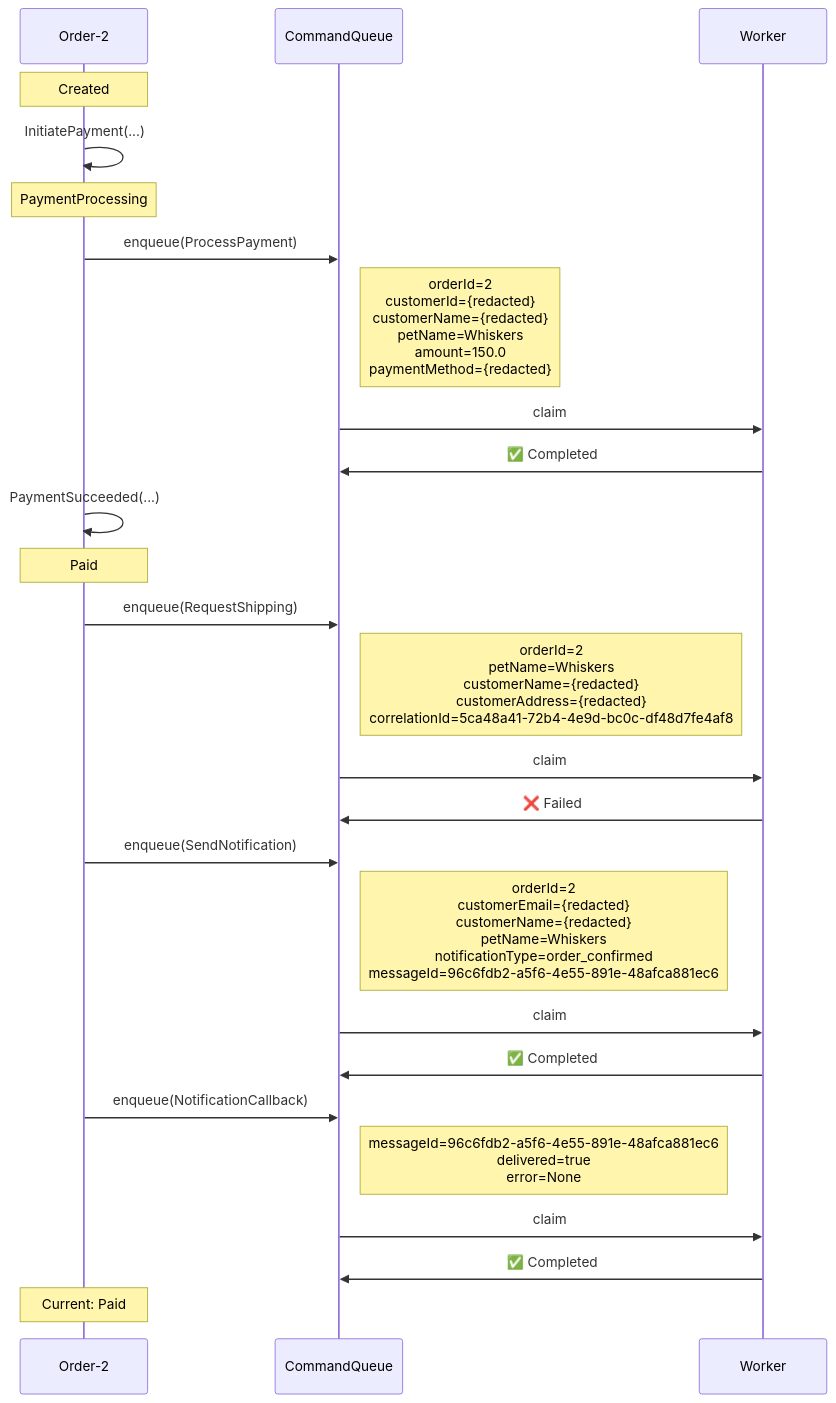
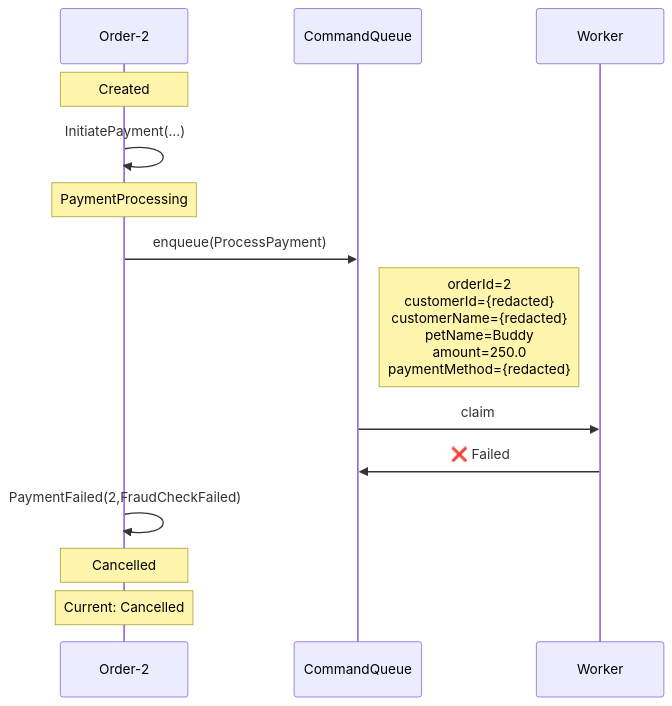
The first of 3 diagrams in docs/visualizations/order-2-trace.md (Iterable/mechanoid), drawn with Mermaid before and after one commit. The commit also changed other lines of this file and 23 other files, not shown here.

````diff
--- a/docs/visualizations/order-2-trace.md
+++ b/docs/visualizations/order-2-trace.md
@@ -12,30 +11,18 @@
 ```mermaid
 %%{init: {'themeCSS': '.noteText { text-align: left !important; }'}}%%
 sequenceDiagram
     participant FSM as Order-2
     participant CQ as CommandQueue
     participant W as Worker
 
     Note over FSM: Created
     FSM->>FSM: InitiatePayment(...)
     Note over FSM: PaymentProcessing
     FSM->>CQ: enqueue(ProcessPayment)
-    Note right of CQ: orderId=2<br/>customerId={redacted}<br/>customerName={redacted}<br/>petName=Whiskers<br/>amount=150.0<br/>paymentMethod={redacted}
-    CQ->>W: claim
-    W->>CQ: ✅ Completed
-    FSM->>FSM: PaymentSucceeded(...)
-    Note over FSM: Paid
-    FSM->>CQ: enqueue(RequestShipping)
-    Note right of CQ: orderId=2<br/>petName=Whiskers<br/>customerName={redacted}<br/>customerAddress={redacted}<br/>correlationId=5ca48a41-72b4-4e9d-bc0c-df48d7fe4af8
+    Note right of CQ: orderId=2<br/>customerId={redacted}<br/>customerName={redacted}<br/>petName=Buddy<br/>amount=250.0<br/>paymentMethod={redacted}
     CQ->>W: claim
     W->>CQ: ❌ Failed
-    FSM->>CQ: enqueue(SendNotification)
-    Note right of CQ: orderId=2<br/>customerEmail={redacted}<br/>customerName={redacted}<br/>petName=Whiskers<br/>notificationType=order_confirmed<br/>messageId=96c6fdb2-a5f6-4e55-891e-48afca881ec6
-    CQ->>W: claim
-    W->>CQ: ✅ Completed
-    FSM->>CQ: enqueue(NotificationCallback)
-    Note right of CQ: messageId=96c6fdb2-a5f6-4e55-891e-48afca881ec6<br/>delivered=true<br/>error=None
-    CQ->>W: claim
-    W->>CQ: ✅ Completed
-    Note over FSM: Current: Paid
+    FSM->>FSM: PaymentFailed(2,FraudCheckFailed)
+    Note over FSM: Cancelled
+    Note over FSM: Current: Cancelled
 ```
````
